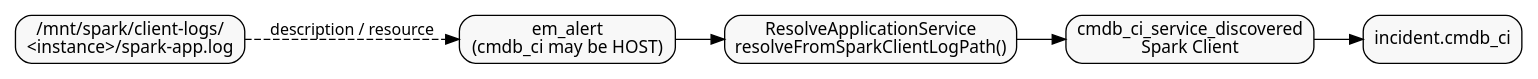
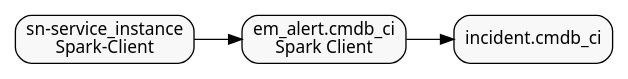
Before and after one commit to gxbrooks/spark-observability: the fifth of 6 diagrams in servicenow/docs/Log_to_Incident/Log_to_Incident.adoc, drawn with Graphviz. The commit also changed other lines of this file and 45 other files, not shown here.

```diff
--- a/servicenow/docs/Log_to_Incident/Log_to_Incident.adoc
+++ b/servicenow/docs/Log_to_Incident/Log_to_Incident.adoc
@@ -1725,17 +2451,14 @@
 [graphviz, Incident_Application_Service_correlation_Client_Side]
 ----
 digraph spark_client_incident {
   graph [rankdir=LR splines=true nodesep=0.5 fontname="Noto Sans" fontsize=14]
   node [shape=box style="rounded,filled" fillcolor="#f8f8f8" fontname="Noto Sans" fontsize=13]
   edge [fontname="Noto Sans" fontsize=12]
 
-  LOG [label="/mnt/spark/client-logs/\n<instance>/spark-app.log"]
-  ALERT [label="em_alert\n(cmdb_ci may be HOST)"]
-  RES [label="ResolveApplicationService\nresolveFromSparkClientLogPath()"]
-  AS [label="cmdb_ci_service_discovered\nSpark Client"]
+  STAMP [label="sn-service_instance\nSpark-Client"]
+  ALERT [label="em_alert.cmdb_ci\nSpark Client"]
   INC [label="incident.cmdb_ci"]
 
-  LOG -> ALERT [style=dashed label="description / resource"]
-  ALERT -> RES -> AS -> INC
+  STAMP -> ALERT -> INC
 }
 ----
```
